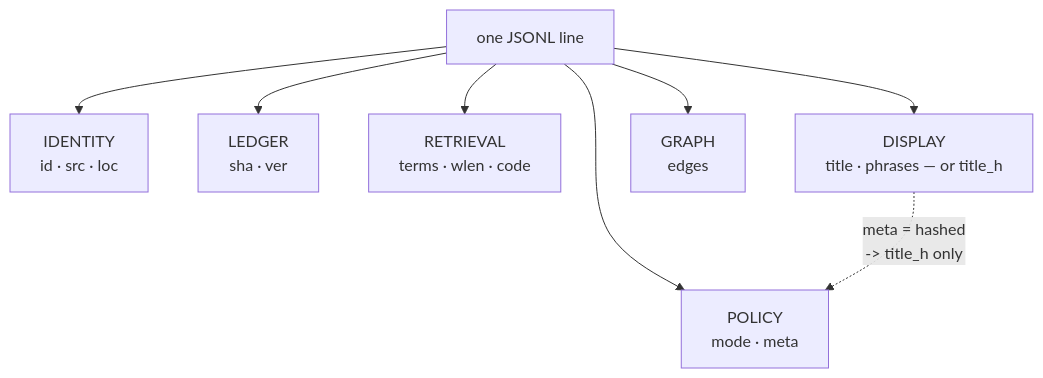
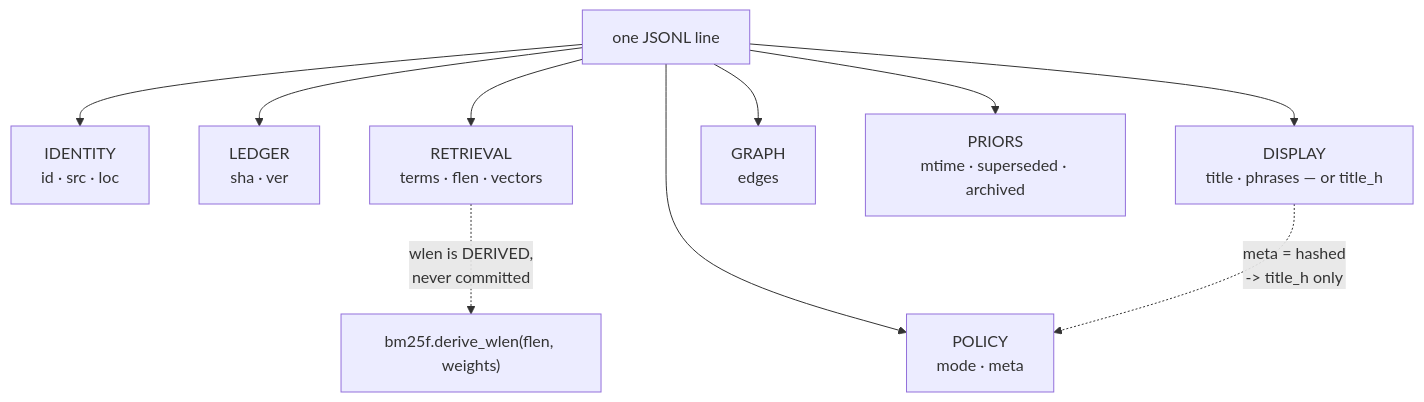
One commit to arpitarya/fux changed the diagram in docs/adr/0010_index-record.md. Above: the diagram before and after it, drawn with Mermaid. The commit also changed other lines of this file and 60 other files, not shown here.

````diff
--- a/docs/adr/0010_index-record.md
+++ b/docs/adr/0010_index-record.md
@@ -44,10 +79,12 @@
 ```mermaid
 flowchart TD
     L["one JSONL line"] --> ID["IDENTITY<br/>id · src · loc"]
     L --> LED["LEDGER<br/>sha · ver"]
-    L --> RET["RETRIEVAL<br/>terms · wlen · code"]
+    L --> RET["RETRIEVAL<br/>terms · flen · vectors"]
     L --> DIS["DISPLAY<br/>title · phrases  — or  title_h"]
     L --> GRA["GRAPH<br/>edges"]
+    L --> PRI["PRIORS<br/>mtime · superseded · archived"]
     L --> POL["POLICY<br/>mode · meta"]
     DIS -.->|"meta = hashed<br/>-> title_h only"| POL
+    RET -.->|"wlen is DERIVED,<br/>never committed"| WL["bm25f.derive_wlen(flen, weights)"]
 ```
````
